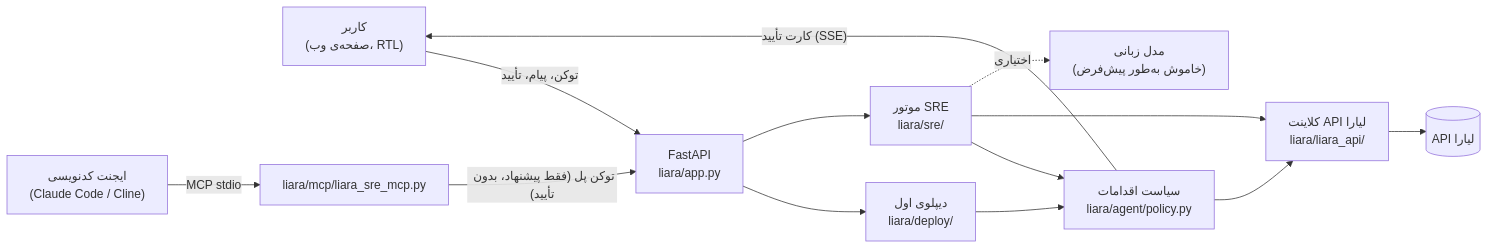
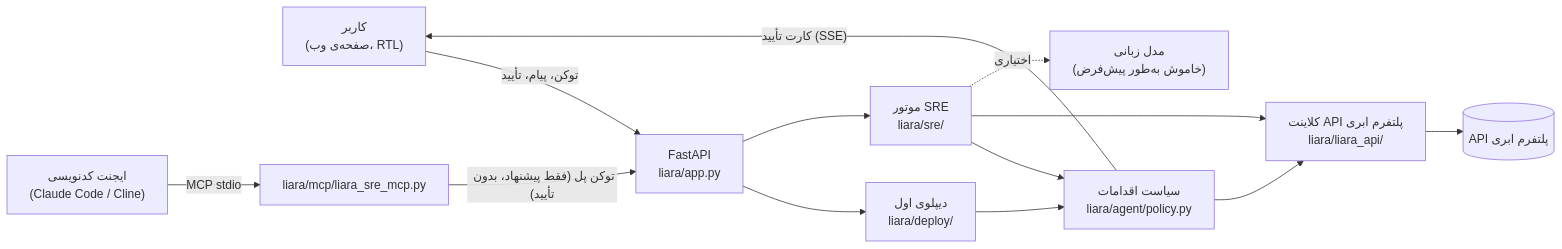
Before and after one commit to MetaParsa/harbor: the diagram in README.md, drawn with Mermaid. The commit also changed other lines of this file and 3 other files, not shown here.

````diff
--- a/README.md
+++ b/README.md
@@ -20,15 +20,15 @@
 ```mermaid
 flowchart LR
   U["کاربر<br/>(صفحه‌ی وب، RTL)"] -- "توکن، پیام، تأیید" --> W["FastAPI<br/>liara/app.py"]
   CA["ایجنت کدنویسی<br/>(Claude Code / Cline)"] -- "MCP stdio" --> M["liara/mcp/liara_sre_mcp.py"]
   M -- "توکن پل (فقط پیشنهاد، بدون تأیید)" --> W
   W --> D["دیپلوی اول<br/>liara/deploy/"]
   W --> S["موتور SRE<br/>liara/sre/"]
   D --> P["سیاست اقدامات<br/>liara/agent/policy.py"]
   S --> P
   P -- "کارت تأیید (SSE)" --> U
-  P --> C["کلاینت API لیارا<br/>liara/liara_api/"]
+  P --> C["کلاینت API پلتفرم ابری⁤⁤⁤⁤⁤⁤⁤⁤⁤⁣<br/>liara/liara_api/"]
   S --> C
-  C --> L[("API لیارا")]
+  C --> L[("API پلتفرم ابری⁤⁤⁤⁤⁤⁤⁤⁤⁤⁣")]
   S -. "اختیاری" .-> LLM["مدل زبانی<br/>(خاموش به‌طور پیش‌فرض)"]
 ```
````
